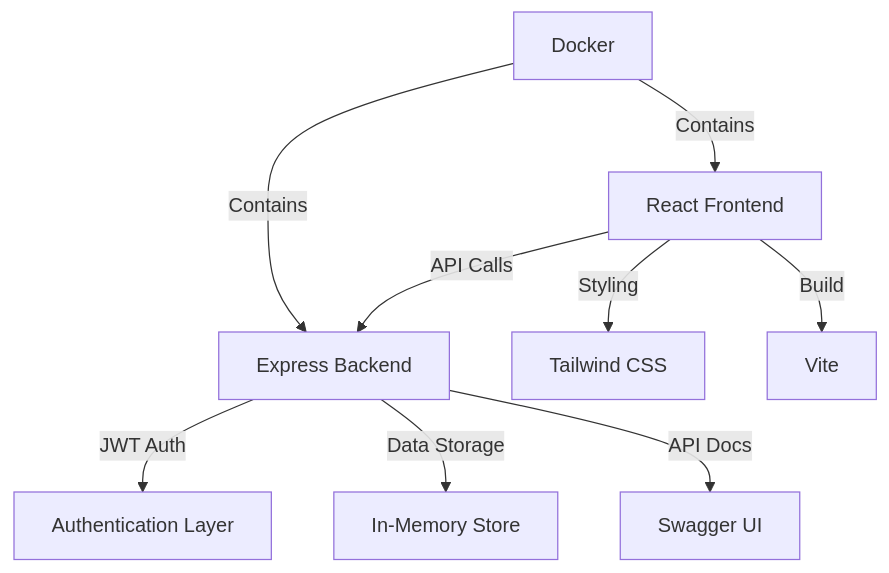
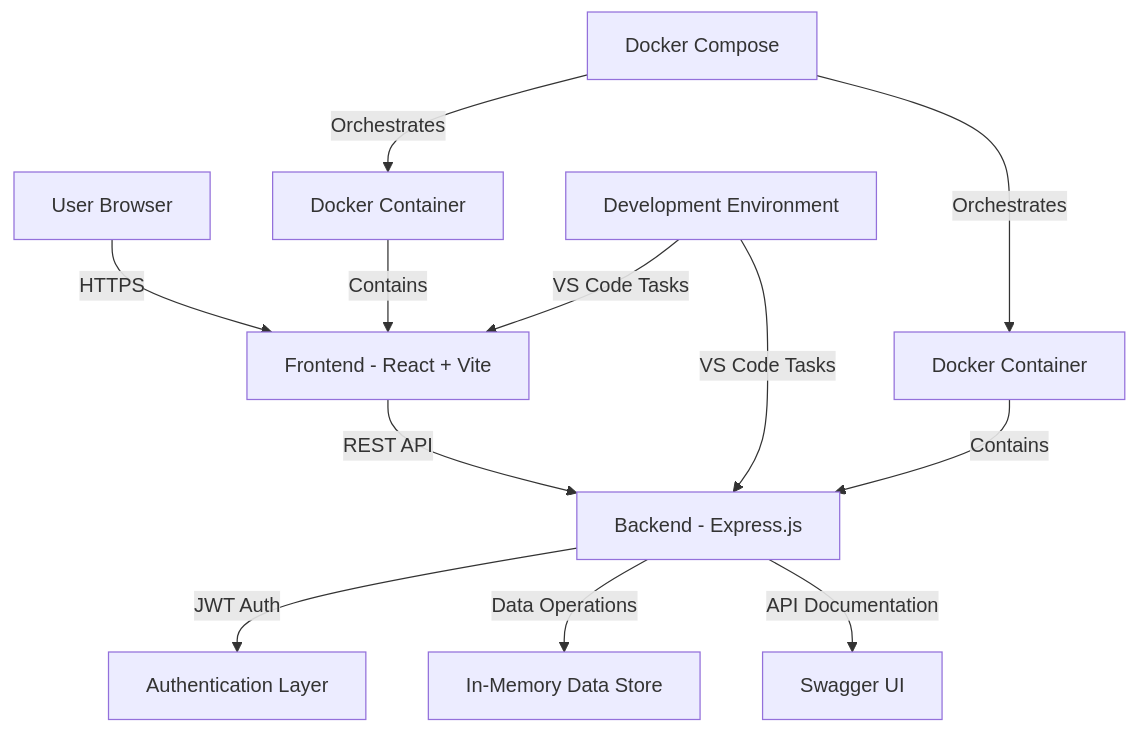
Before and after one commit to rasadregmi/Personal-Productivity-Dashboard: the diagram in README.md, drawn with Mermaid. The commit also changed other lines of this file, not shown here.

````diff
--- a/README.md
+++ b/README.md
@@ -174,11 +62,17 @@
 ```mermaid
 graph TD
-    A[React Frontend] -->|API Calls| B[Express Backend]
-    B -->|JWT Auth| C[Authentication Layer]
-    B -->|Data Storage| D[In-Memory Store]
-    B -->|API Docs| E[Swagger UI]
-    A -->|Styling| F[Tailwind CSS]
-    A -->|Build| G[Vite]
-    H[Docker] -->|Contains| A
-    H -->|Contains| B
+    A[User Browser] -->|HTTPS| B[Frontend - React + Vite]
+    B -->|REST API| C[Backend - Express.js]
+    C -->|JWT Auth| D[Authentication Layer]
+    C -->|Data Operations| E[In-Memory Data Store]
+    C -->|API Documentation| F[Swagger UI]
+    
+    G[Docker Container] -->|Contains| B
+    H[Docker Container] -->|Contains| C
+    
+    I[Docker Compose] -->|Orchestrates| G
+    I -->|Orchestrates| H
+    
+    J[Development Environment] -->|VS Code Tasks| B
+    J -->|VS Code Tasks| C
 ```
````
